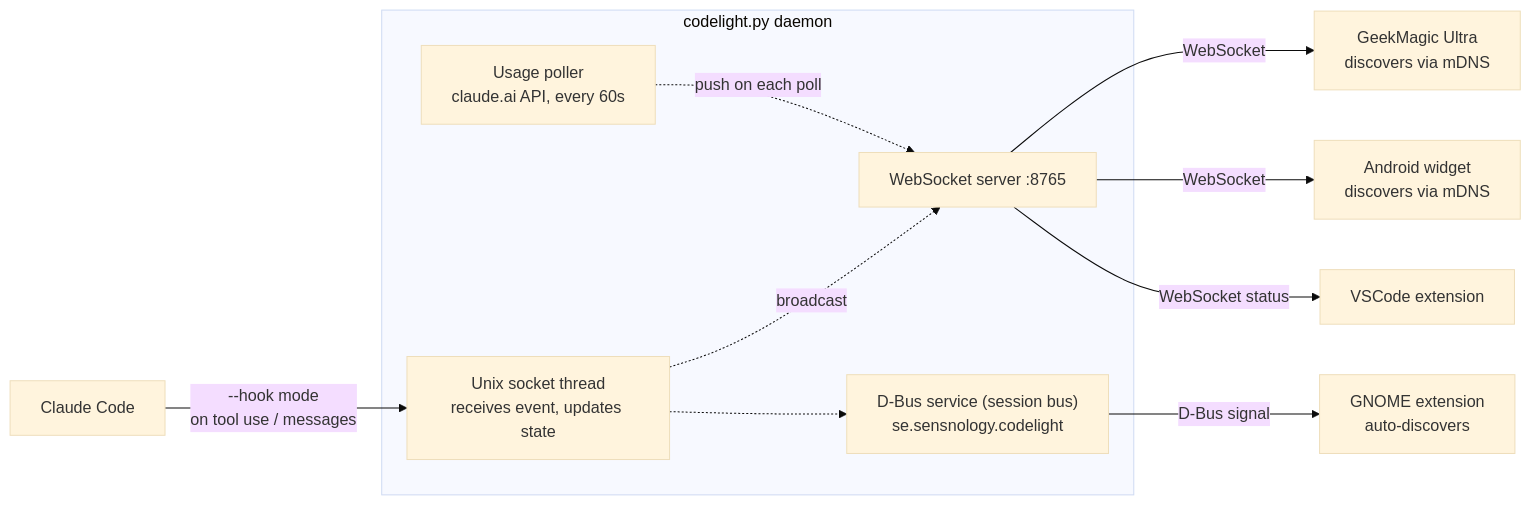
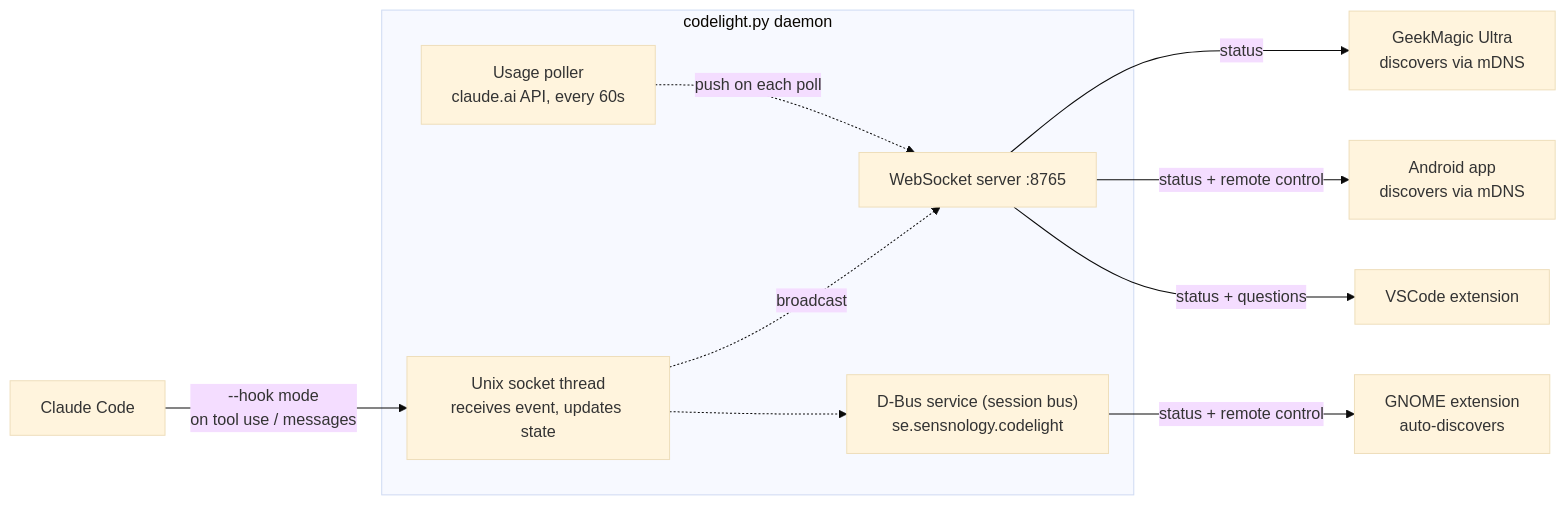
The diagram in companion/README.md (henrikekblad/codelight), drawn with Mermaid (base theme) before and after one commit. The commit also changed other lines of this file and 4 other files, not shown here.

First line of the commit message:
docs: rework READMEs around remote control

````diff
--- a/companion/README.md
+++ b/companion/README.md
@@ -164,20 +178,20 @@
 ```mermaid
 flowchart LR
     CC["Claude Code"] -->|--hook mode<br/>on tool use / messages| SOCK
 
     subgraph D["codelight.py daemon"]
         SOCK["Unix socket thread<br/>receives event, updates state"]
         USAGE["Usage poller<br/>claude.ai API, every 60s"]
         WS["WebSocket server :8765"]
         DBUS["D-Bus service (session bus)<br/>se.sensnology.codelight"]
     end
 
     SOCK -.->|broadcast| WS
     USAGE -.->|push on each poll| WS
     SOCK -.-> DBUS
 
-    WS -->|WebSocket| SCREEN["GeekMagic Ultra<br/>discovers via mDNS"]
-    WS -->|WebSocket| ANDROID["Android widget<br/>discovers via mDNS"]
-    WS -->|WebSocket status| VSCODE["VSCode extension"]
-    DBUS -->|D-Bus signal| GNOME["GNOME extension<br/>auto-discovers"]
+    WS -->|status| SCREEN["GeekMagic Ultra<br/>discovers via mDNS"]
+    WS -->|status + remote control| ANDROID["Android app<br/>discovers via mDNS"]
+    WS -->|status + questions| VSCODE["VSCode extension"]
+    DBUS -->|status + remote control| GNOME["GNOME extension<br/>auto-discovers"]
 ```
````
